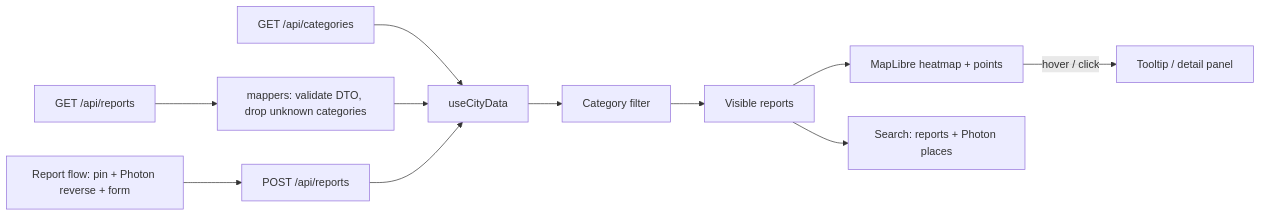
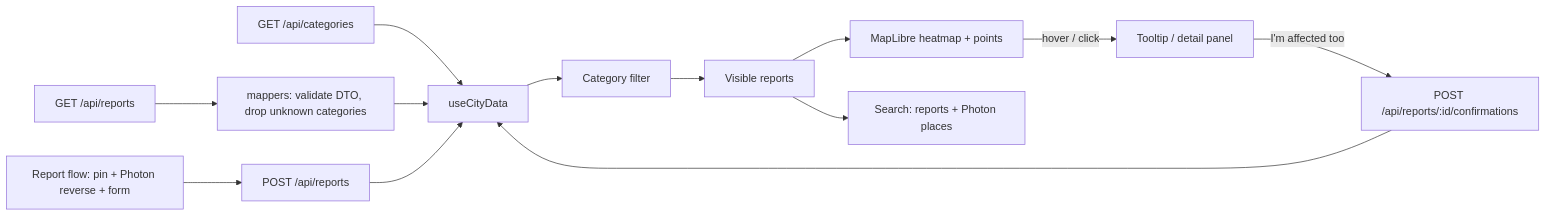
One commit to delve-group/smart-city changed the diagram in docs/architecture.md. Above: the diagram before and after it, drawn with Mermaid. The commit also changed other lines of this file and 5 other files, not shown here.

Commit message:
docs: record the neutral theme and affected-too confirmations

````diff
--- a/docs/architecture.md
+++ b/docs/architecture.md
@@ -44,13 +45,15 @@
 ```mermaid
 flowchart LR
     C[GET /api/categories] --> H[useCityData]
     R[GET /api/reports] --> M[mappers: validate DTO, drop unknown categories]
     M --> H
     H --> F[Category filter]
     F --> V[Visible reports]
     V --> L[MapLibre heatmap + points]
     V --> S[Search: reports + Photon places]
     L -- hover / click --> P[Tooltip / detail panel]
     N[Report flow: pin + Photon reverse + form] --> W[POST /api/reports]
     W --> H
+    P -- "I'm affected too" --> A[POST /api/reports/:id/confirmations]
+    A --> H
 ```
````
